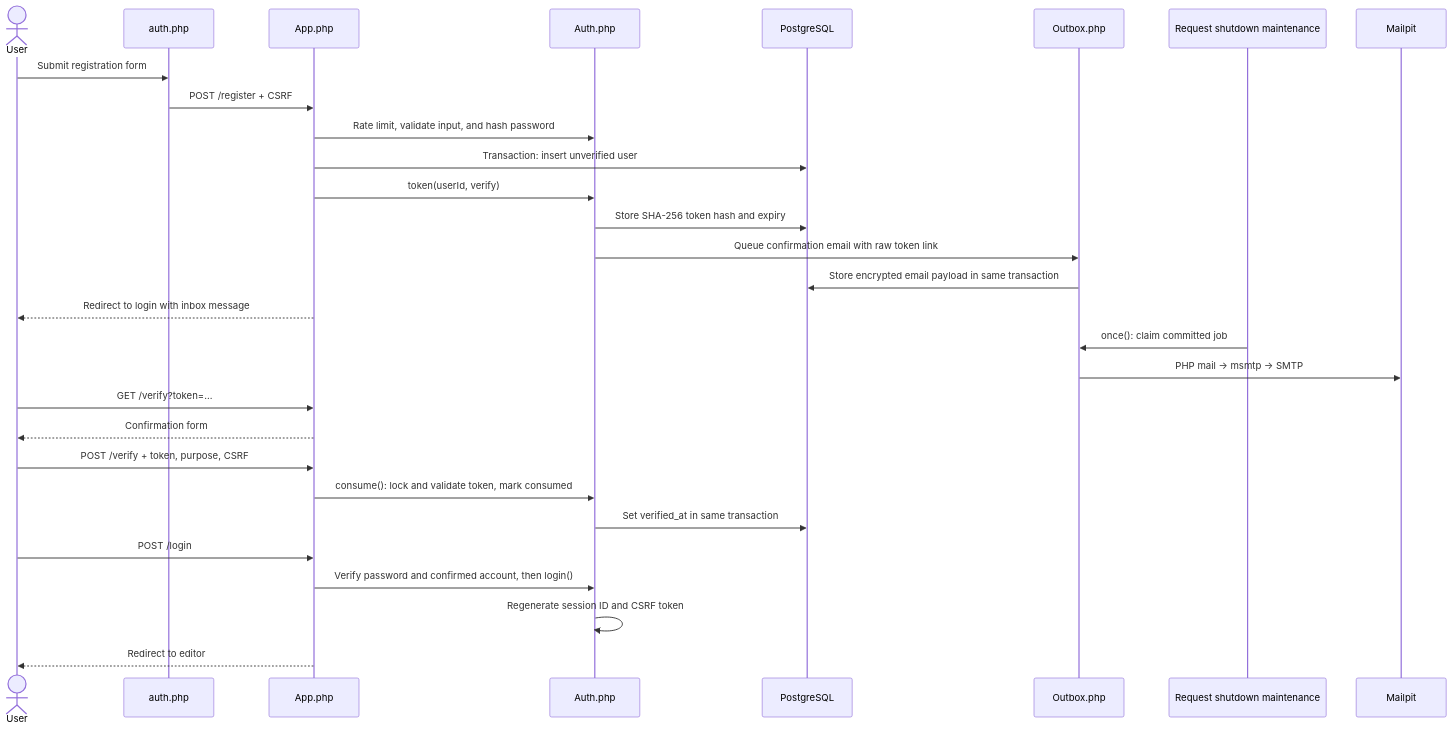
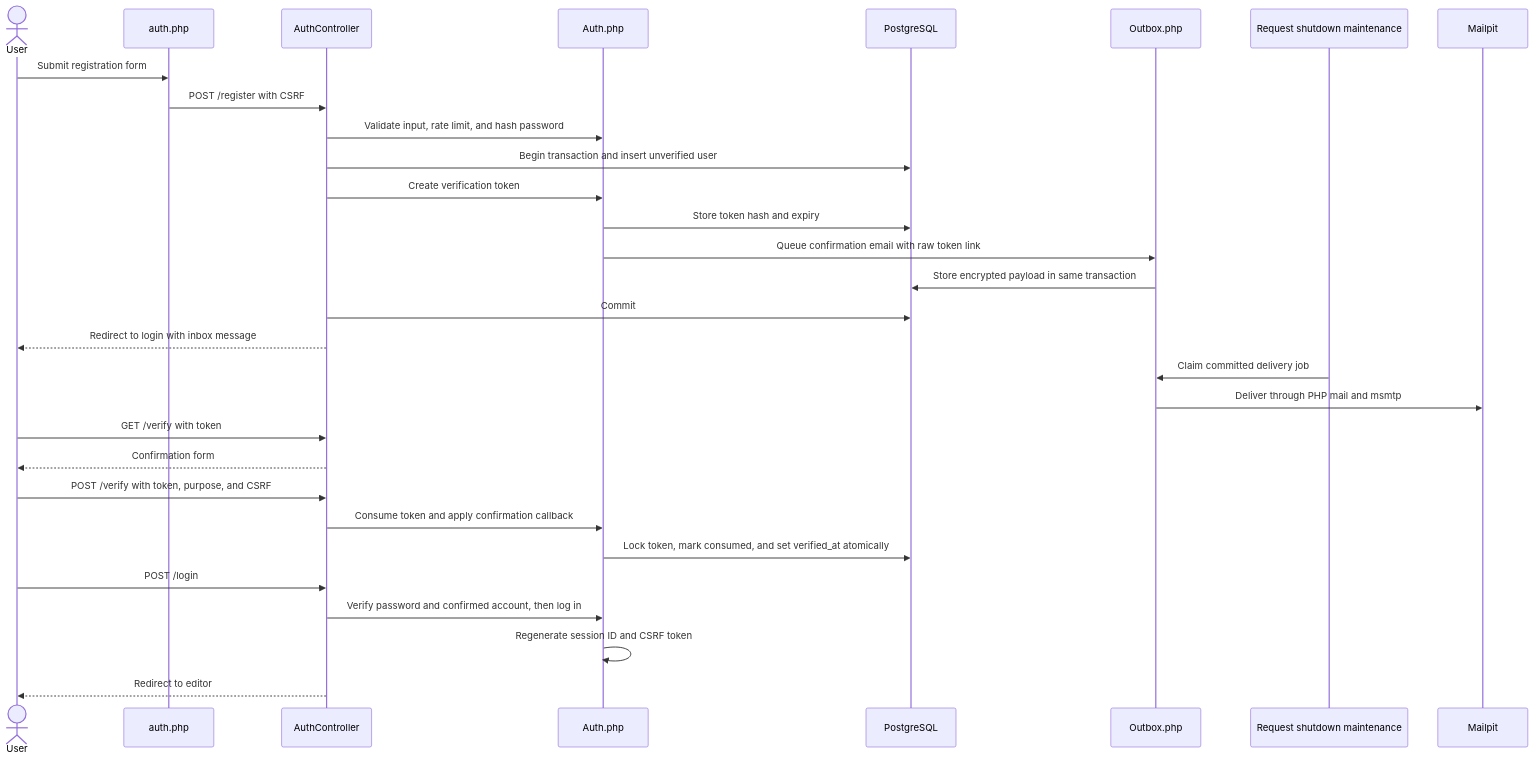
One commit to mtellami/camagru changed the fifth of 8 diagrams in ARCHITECTURE.md. Above: the diagram before and after it, drawn with Mermaid. The commit also changed other lines of this file and 53 other files, not shown here.

````diff
--- a/ARCHITECTURE.md
+++ b/ARCHITECTURE.md
@@ -192,31 +213,32 @@
 ```mermaid
 sequenceDiagram
     actor User
     participant UI as auth.php
-    participant App as App.php
+    participant Controller as AuthController
     participant Auth as Auth.php
     participant DB as PostgreSQL
     participant Outbox as Outbox.php
     participant Maintenance as Request shutdown maintenance
     participant Inbox as Mailpit
     User->>UI: Submit registration form
-    UI->>App: POST /register + CSRF
-    App->>Auth: Rate limit, validate input, and hash password
-    App->>DB: Transaction: insert unverified user
-    App->>Auth: token(userId, verify)
-    Auth->>DB: Store SHA-256 token hash and expiry
+    UI->>Controller: POST /register with CSRF
+    Controller->>Auth: Validate input, rate limit, and hash password
+    Controller->>DB: Begin transaction and insert unverified user
+    Controller->>Auth: Create verification token
+    Auth->>DB: Store token hash and expiry
     Auth->>Outbox: Queue confirmation email with raw token link
-    Outbox->>DB: Store encrypted email payload in same transaction
-    App-->>User: Redirect to login with inbox message
-    Maintenance->>Outbox: once(): claim committed job
-    Outbox->>Inbox: PHP mail → msmtp → SMTP
-    User->>App: GET /verify?token=...
-    App-->>User: Confirmation form
-    User->>App: POST /verify + token, purpose, CSRF
-    App->>Auth: consume(): lock and validate token, mark consumed
-    Auth->>DB: Set verified_at in same transaction
-    User->>App: POST /login
-    App->>Auth: Verify password and confirmed account, then login()
+    Outbox->>DB: Store encrypted payload in same transaction
+    Controller->>DB: Commit
+    Controller-->>User: Redirect to login with inbox message
+    Maintenance->>Outbox: Claim committed delivery job
+    Outbox->>Inbox: Deliver through PHP mail and msmtp
+    User->>Controller: GET /verify with token
+    Controller-->>User: Confirmation form
+    User->>Controller: POST /verify with token, purpose, and CSRF
+    Controller->>Auth: Consume token and apply confirmation callback
+    Auth->>DB: Lock token, mark consumed, and set verified_at atomically
+    User->>Controller: POST /login
+    Controller->>Auth: Verify password and confirmed account, then log in
     Auth->>Auth: Regenerate session ID and CSRF token
-    App-->>User: Redirect to editor
+    Controller-->>User: Redirect to editor
 ```
````
